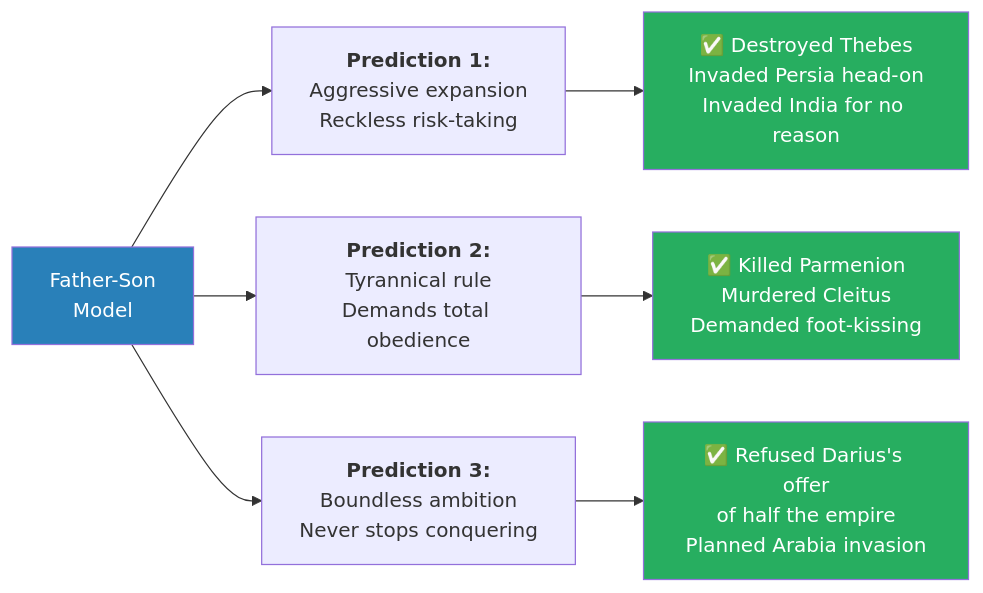
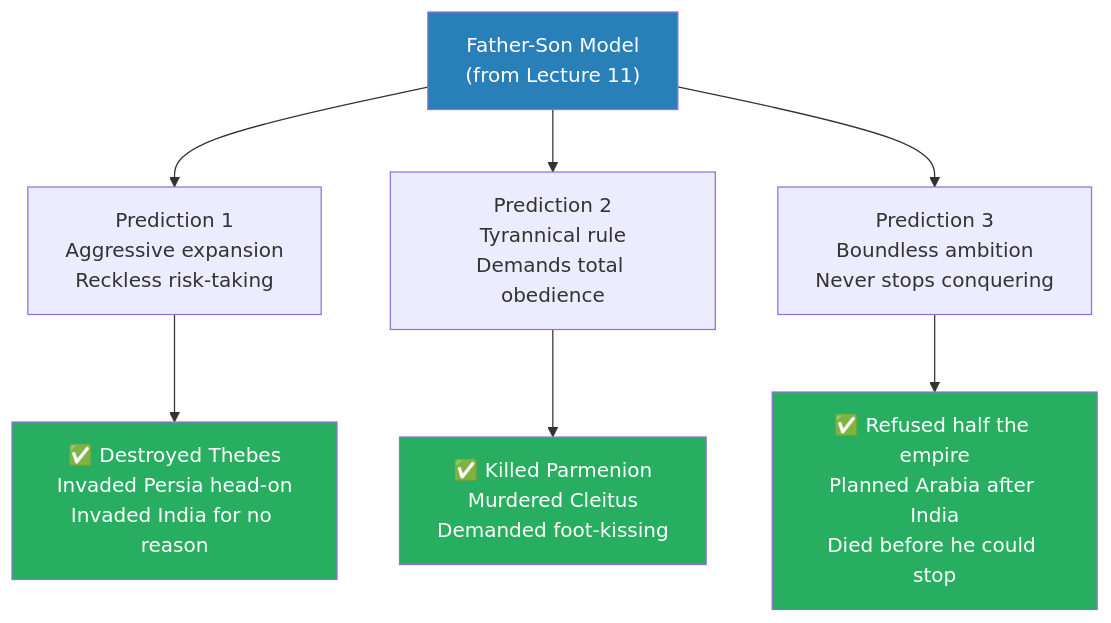
One commit to alius33/reader changed the first of 7 diagrams in summaries/Lectures/Civilization/12 - The Tyranny of Alexander the Great.md. Above: the diagram before and after it, drawn with Mermaid. The commit also changed other lines of this file and 26 other files, not shown here.

````diff
--- a/summaries/Lectures/Civilization/12 - The Tyranny of Alexander the Great.md
+++ b/summaries/Lectures/Civilization/12 - The Tyranny of Alexander the Great.md
@@ -42,13 +57,14 @@
 ```mermaid
-flowchart LR
-    M["Father-Son<br/>Model"] --> P1["<b>Prediction 1:</b><br/>Aggressive expansion<br/>Reckless risk-taking"]
-    M --> P2["<b>Prediction 2:</b><br/>Tyrannical rule<br/>Demands total obedience"]
-    M --> P3["<b>Prediction 3:</b><br/>Boundless ambition<br/>Never stops conquering"]
+flowchart TB
+    M["Father-Son Model<br/>(from Lecture 11)"]
+    M --> P1["Prediction 1<br/>Aggressive expansion<br/>Reckless risk-taking"]
+    M --> P2["Prediction 2<br/>Tyrannical rule<br/>Demands total obedience"]
+    M --> P3["Prediction 3<br/>Boundless ambition<br/>Never stops conquering"]
     P1 --> V1["✅ Destroyed Thebes<br/>Invaded Persia head-on<br/>Invaded India for no reason"]
     P2 --> V2["✅ Killed Parmenion<br/>Murdered Cleitus<br/>Demanded foot-kissing"]
-    P3 --> V3["✅ Refused Darius's offer<br/>of half the empire<br/>Planned Arabia invasion"]
+    P3 --> V3["✅ Refused half the empire<br/>Planned Arabia after India<br/>Died before he could stop"]
     style M fill:#2980b9,color:#fff
     style V1 fill:#27ae60,color:#fff
     style V2 fill:#27ae60,color:#fff
     style V3 fill:#27ae60,color:#fff
 ```
````
